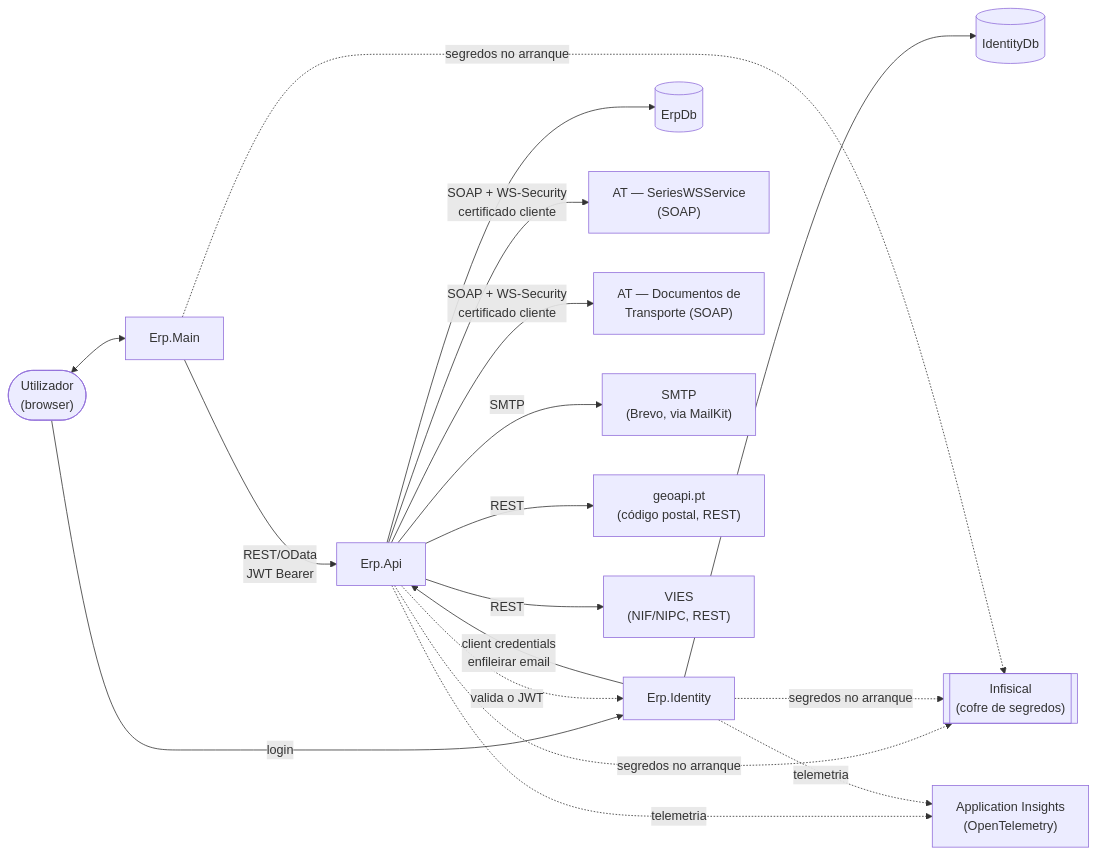
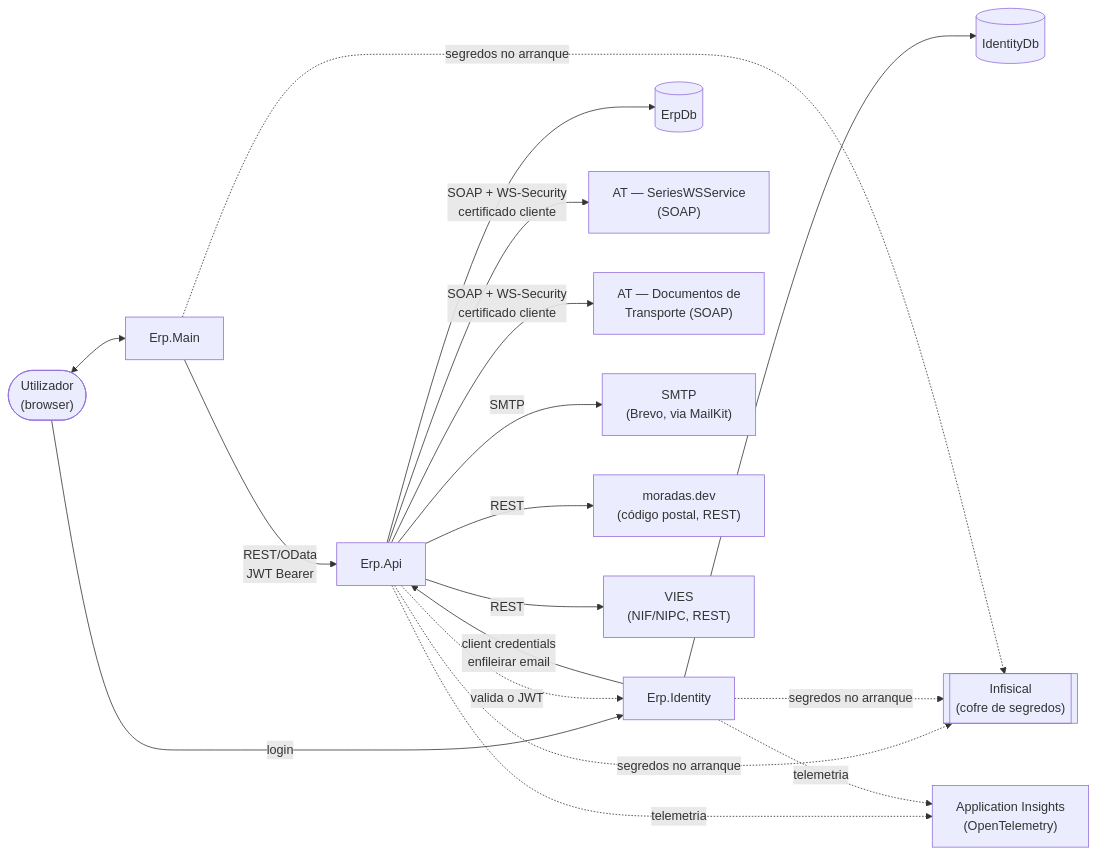
One commit to luismagalhaes/erp changed the second of 2 diagrams in README.md. Above: the diagram before and after it, drawn with Mermaid. The commit also changed other lines of this file and 28 other files, not shown here.

````diff
--- a/README.md
+++ b/README.md
@@ -126,39 +126,39 @@
 ```mermaid
 graph LR
     Browser(["Utilizador<br/>(browser)"])
     Main["Erp.Main"]
     Identity["Erp.Identity"]
     Api["Erp.Api"]
     ErpDB[("ErpDb")]
     IdentityDB[("IdentityDb")]
     ATSeries["AT — SeriesWSService<br/>(SOAP)"]
     ATTransport["AT — Documentos de<br/>Transporte (SOAP)"]
     SMTP["SMTP<br/>(Brevo, via MailKit)"]
-    GeoApi["geoapi.pt<br/>(código postal, REST)"]
+    MoradasDev["moradas.dev<br/>(código postal, REST)"]
     Vies["VIES<br/>(NIF/NIPC, REST)"]
     Vault[["Infisical<br/>(cofre de segredos)"]]
     AppInsights["Application Insights<br/>(OpenTelemetry)"]
 
     Browser <--> Main
     Browser -->|login| Identity
     Main -->|"REST/OData<br/>JWT Bearer"| Api
     Api -.->|valida o JWT| Identity
     Identity -->|"client credentials<br/>enfileirar email"| Api
 
     Api --> ErpDB
     Identity --> IdentityDB
 
     Api -->|"SOAP + WS-Security<br/>certificado cliente"| ATSeries
     Api -->|"SOAP + WS-Security<br/>certificado cliente"| ATTransport
 
-    Api --> |REST| GeoApi
+    Api --> |REST| MoradasDev
     Api --> |REST| Vies
     Api -->|SMTP| SMTP
 
     Api -.->|segredos no arranque| Vault
     Identity -.->|segredos no arranque| Vault
     Main -.->|segredos no arranque| Vault
 
     Api -.->|telemetria| AppInsights
     Identity -.->|telemetria| AppInsights
 ```
````
